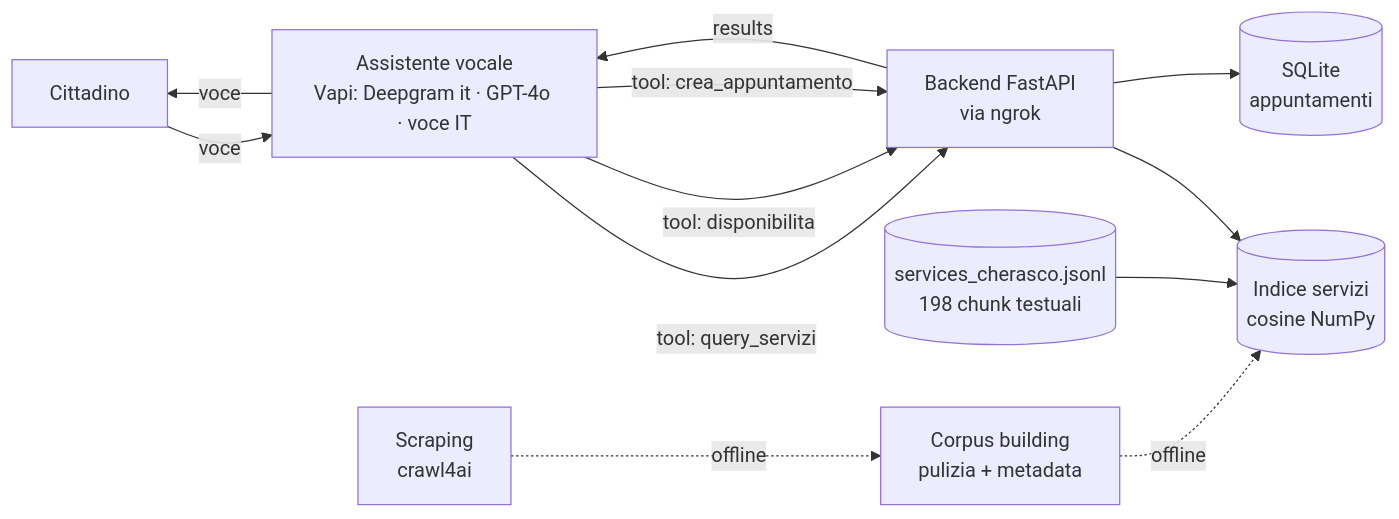
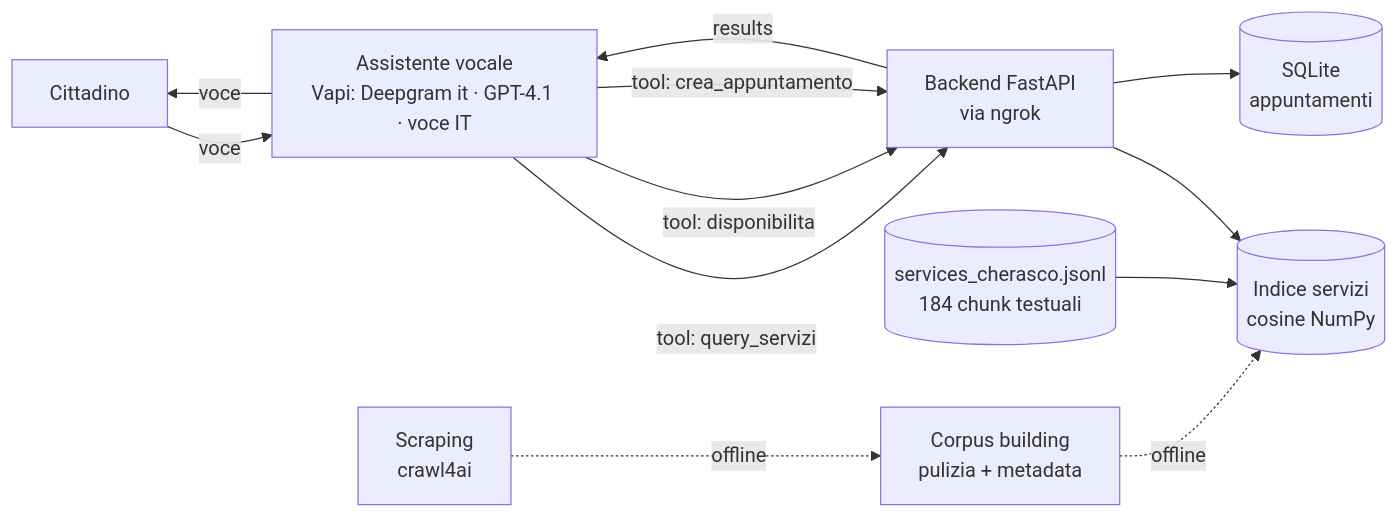
One commit to Kieff90/Voicebot-PY changed the first of 3 diagrams in docs/BLUEPRINT.md. Above: the diagram before and after it, drawn with Mermaid. The commit also changed other lines of this file and 9 other files, not shown here.

````diff
--- a/docs/BLUEPRINT.md
+++ b/docs/BLUEPRINT.md
@@ -39,15 +38,15 @@
 ```mermaid
 flowchart LR
-  C[Cittadino] -- voce --> V[Assistente vocale<br/>Vapi: Deepgram it · GPT-4o · voce IT]
+  C[Cittadino] -- voce --> V[Assistente vocale<br/>Vapi: Deepgram it · GPT-4.1 · voce IT]
   V -- voce --> C
   V -- tool: query_servizi --> B[Backend FastAPI<br/>via ngrok]
   V -- tool: disponibilita --> B
   V -- tool: crea_appuntamento --> B
   B -- results --> V
   B --> R[(Indice servizi<br/>cosine NumPy)]
   B --> D[(SQLite<br/>appuntamenti)]
-  FS[(services_cherasco.jsonl<br/>198 chunk testuali)]
+  FS[(services_cherasco.jsonl<br/>184 chunk testuali)]
   FS --> R
   SC[Scraping<br/>crawl4ai] -. offline .-> CB[Corpus building<br/>pulizia + metadata]
   CB -. offline .-> R
 ```
````
